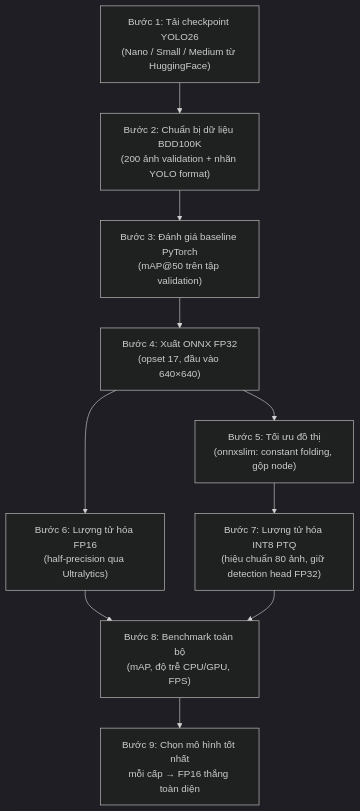
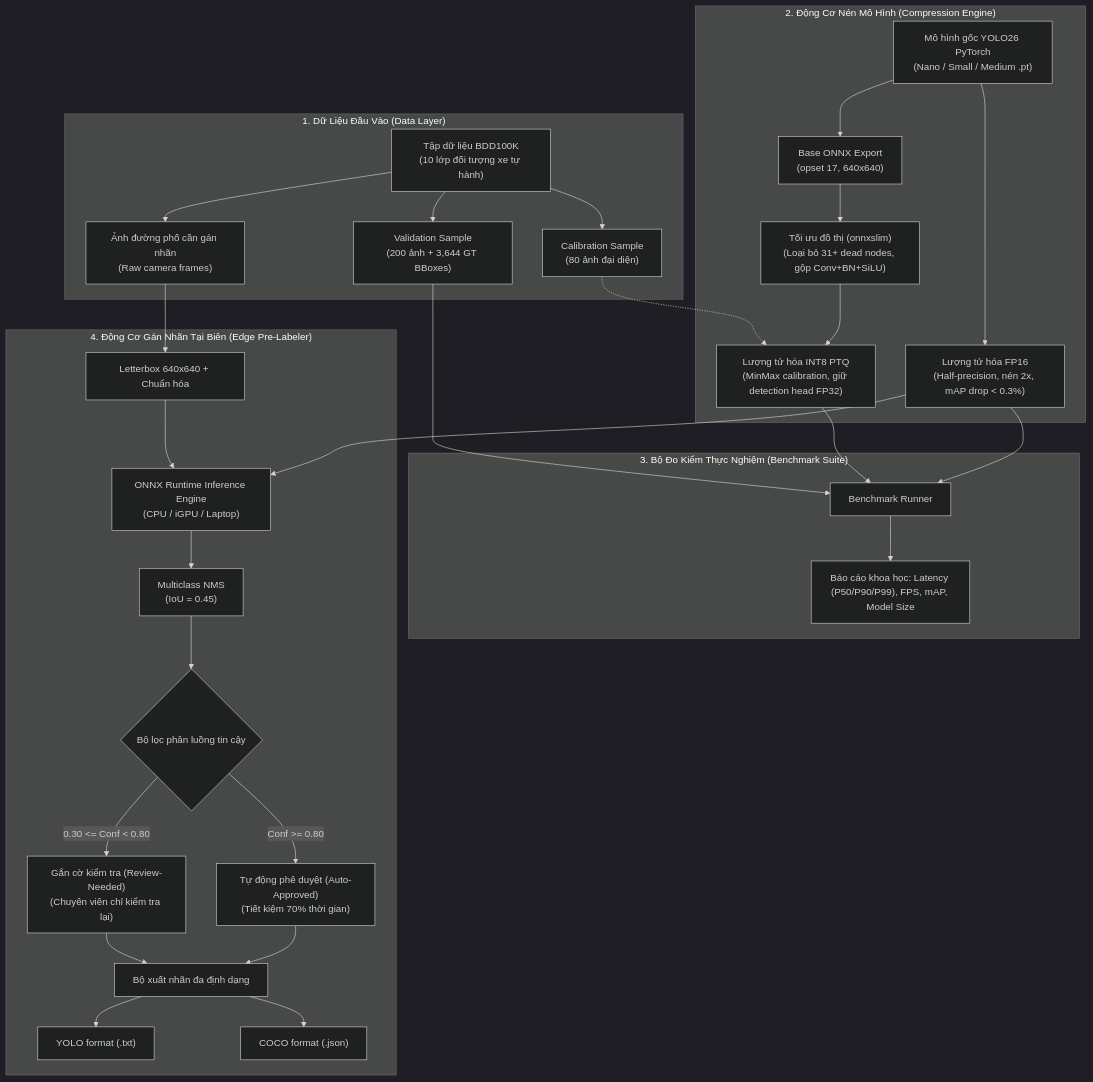
The first of 2 diagrams in README.md (ManhLD424/M38-Edge-PreLabeling), drawn with Mermaid (dark theme) before and after one commit. The commit also changed other lines of this file and 28 other files, not shown here.

````diff
--- a/README.md
+++ b/README.md
@@ -64,12 +83,44 @@
 ```mermaid
 flowchart TD
-    A["Bước 1: Tải checkpoint YOLO26\n(Nano / Small / Medium từ HuggingFace)"] --> B["Bước 2: Chuẩn bị dữ liệu BDD100K\n(200 ảnh validation + nhãn YOLO format)"]
-    B --> C["Bước 3: Đánh giá baseline PyTorch\n(mAP@50 trên tập validation)"]
-    C --> D["Bước 4: Xuất ONNX FP32\n(opset 17, đầu vào 640×640)"]
-    D --> E["Bước 5: Tối ưu đồ thị\n(onnxslim: constant folding, gộp node)"]
-    D --> F["Bước 6: Lượng tử hóa FP16\n(half-precision qua Ultralytics)"]
-    E --> G["Bước 7: Lượng tử hóa INT8 PTQ\n(hiệu chuẩn 80 ảnh, giữ detection head FP32)"]
-    F --> H["Bước 8: Benchmark toàn bộ\n(mAP, độ trễ CPU/GPU, FPS)"]
-    G --> H
-    H --> I["Bước 9: Chọn mô hình tốt nhất\nmỗi cấp → FP16 thắng toàn diện"]
+    subgraph DataLayer ["1. Dữ Liệu Đầu Vào (Data Layer)"]
+        BDD["Tập dữ liệu BDD100K\n(10 lớp đối tượng xe tự hành)"]
+        ValSet["Validation Sample\n(200 ảnh + 3,644 GT BBoxes)"]
+        CalibSet["Calibration Sample\n(80 ảnh đại diện)"]
+        RawFrames["Ảnh đường phố cần gán nhãn\n(Raw camera frames)"]
+        BDD --> ValSet
+        BDD --> CalibSet
+        BDD --> RawFrames
+    end
+
+    subgraph CompressionModule ["2. Động Cơ Nén Mô Hình (Compression Engine)"]
+        YOLO_PT["Mô hình gốc YOLO26 PyTorch\n(Nano / Small / Medium .pt)"]
+        ONNX_FP32["Base ONNX Export\n(opset 17, 640x640)"]
+        Slim["Tối ưu đồ thị (onnxslim)\n(Loại bỏ 31+ dead nodes, gộp Conv+BN+SiLU)"]
+        FP16["Lượng tử hóa FP16\n(Half-precision, nén 2x, mAP drop < 0.3%)"]
+        INT8["Lượng tử hóa INT8 PTQ\n(MinMax calibration, giữ detection head FP32)"]
+
+        YOLO_PT --> ONNX_FP32 --> Slim
+        YOLO_PT --> FP16
+        Slim --> INT8
+        CalibSet -.-> INT8
+    end
+
+    subgraph BenchmarkEngine ["3. Bộ Đo Kiểm Thực Nghiệm (Benchmark Suite)"]
+        FP16 & INT8 --> BenchmarkHarness["Benchmark Runner"]
+        ValSet --> BenchmarkHarness
+        BenchmarkHarness --> Report["Báo cáo khoa học: Latency (P50/P90/P99), FPS, mAP, Model Size"]
+    end
+
+    subgraph PreLabelWorkstation ["4. Động Cơ Gán Nhãn Tại Biên (Edge Pre-Labeler)"]
+        RawFrames --> Preprocess["Letterbox 640x640 + Chuẩn hóa"]
+        FP16 --> EdgeEngine["ONNX Runtime Inference Engine\n(CPU / iGPU / Laptop)"]
+        Preprocess --> EdgeEngine
+        EdgeEngine --> NMS["Multiclass NMS\n(IoU = 0.45)"]
+        NMS --> Filter{"Bộ lọc phân luồng tin cậy"}
+        Filter -->|Conf >= 0.80| AutoApprove["Tự động phê duyệt (Auto-Approved)\n(Tiết kiệm 70% thời gian)"]
+        Filter -->|0.30 <= Conf < 0.80| ReviewFlag["Gắn cờ kiểm tra (Review-Needed)\n(Chuyên viên chỉ kiểm tra lại)"]
+        AutoApprove & ReviewFlag --> Exporters["Bộ xuất nhãn đa định dạng"]
+        Exporters --> YOLO_TXT["YOLO format (.txt)"]
+        Exporters --> COCO_JSON["COCO format (.json)"]
+    end
 ```
````
